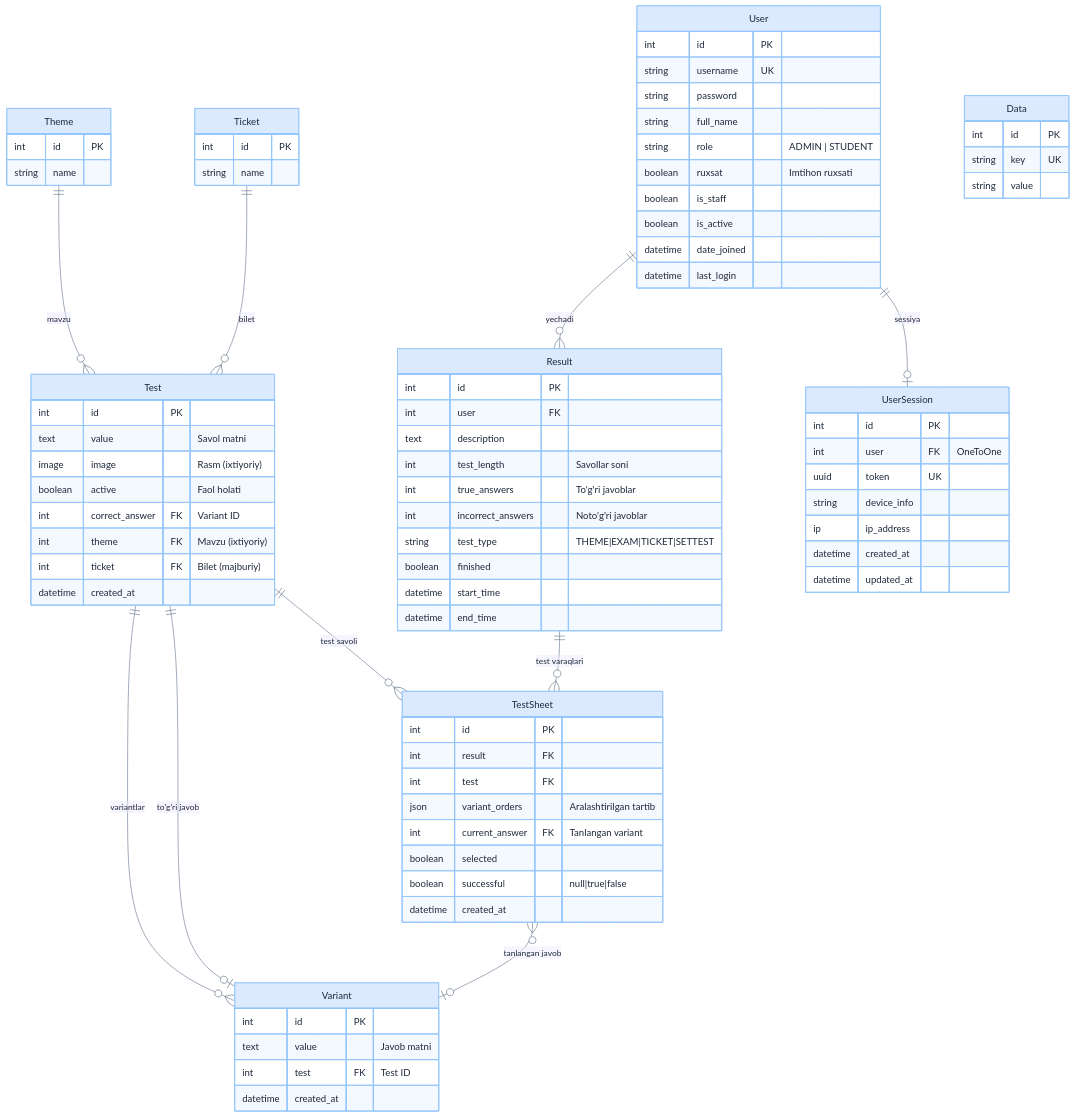
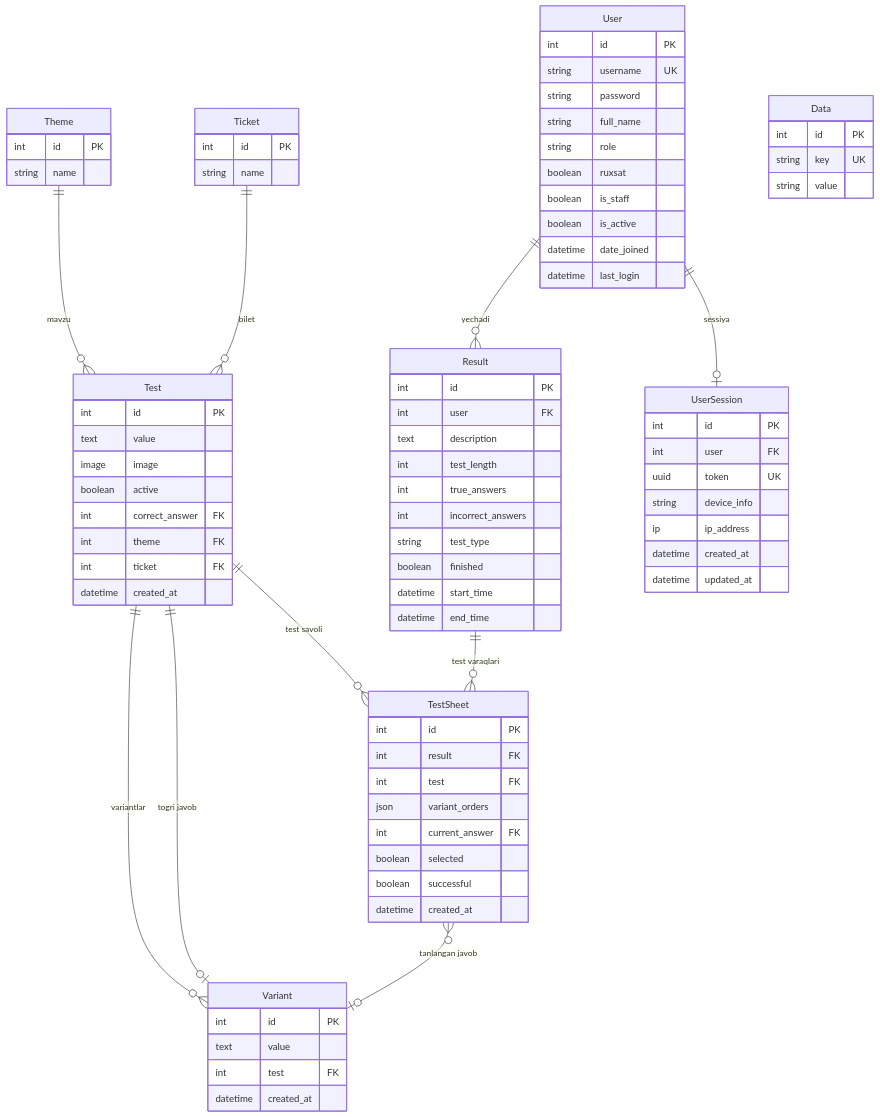
One commit to khismoiloff/BrpAvtoTest changed the fifth of 18 diagrams in README.md. Above: the diagram before and after it, drawn with Mermaid. The commit also changed other lines of this file, not shown here.

````diff
--- a/README.md
+++ b/README.md
@@ -188,12 +188,12 @@
 ```mermaid
-%%{init: {'theme': 'base', 'themeVariables': {'background': '#ffffff', 'primaryColor': '#dbeafe', 'primaryTextColor': '#1e293b', 'primaryBorderColor': '#93c5fd', 'lineColor': '#64748b', 'secondaryColor': '#fef3c7', 'tertiaryColor': '#ede9fe', 'fontFamily': 'sans-serif'}}}%%
+%%{init: {'theme': 'default'}}%%
 erDiagram
     User ||--o{ Result : "yechadi"
     User ||--o| UserSession : "sessiya"
     Theme ||--o{ Test : "mavzu"
     Ticket ||--o{ Test : "bilet"
     Test ||--o{ Variant : "variantlar"
-    Test ||--o| Variant : "to'g'ri javob"
+    Test ||--o| Variant : "togri javob"
     Result ||--o{ TestSheet : "test varaqlari"
     Test ||--o{ TestSheet : "test savoli"
     TestSheet }o--o| Variant : "tanlangan javob"
@@ -203,8 +203,8 @@
         string username UK
         string password
         string full_name
-        string role "ADMIN | STUDENT"
-        boolean ruxsat "Imtihon ruxsati"
+        string role
+        boolean ruxsat
         boolean is_staff
         boolean is_active
         datetime date_joined
@@ -223,19 +223,19 @@
     
     Test {
         int id PK
-        text value "Savol matni"
-        image image "Rasm (ixtiyoriy)"
-        boolean active "Faol holati"
-        int correct_answer FK "Variant ID"
-        int theme FK "Mavzu (ixtiyoriy)"
-        int ticket FK "Bilet (majburiy)"
+        text value
+        image image
+        boolean active
+        int correct_answer FK
+        int theme FK
+        int ticket FK
         datetime created_at
     }
     
     Variant {
         int id PK
-        text value "Javob matni"
-        int test FK "Test ID"
+        text value
+        int test FK
         datetime created_at
     }
     
@@ -243,10 +243,10 @@
         int id PK
         int user FK
         text description
-        int test_length "Savollar soni"
-        int true_answers "To'g'ri javoblar"
-        int incorrect_answers "Noto'g'ri javoblar"
-        string test_type "THEME|EXAM|TICKET|SETTEST"
+        int test_length
+        int true_answers
+        int incorrect_answers
+        string test_type
         boolean finished
         datetime start_time
         datetime end_time
@@ -256,16 +256,16 @@
         int id PK
         int result FK
         int test FK
-        json variant_orders "Aralashtirilgan tartib"
-        int current_answer FK "Tanlangan variant"
+        json variant_orders
+        int current_answer FK
         boolean selected
-        boolean successful "null|true|false"
+        boolean successful
         datetime created_at
     }
     
     UserSession {
         int id PK
-        int user FK "OneToOne"
+        int user FK
         uuid token UK
         string device_info
         ip ip_address
````
